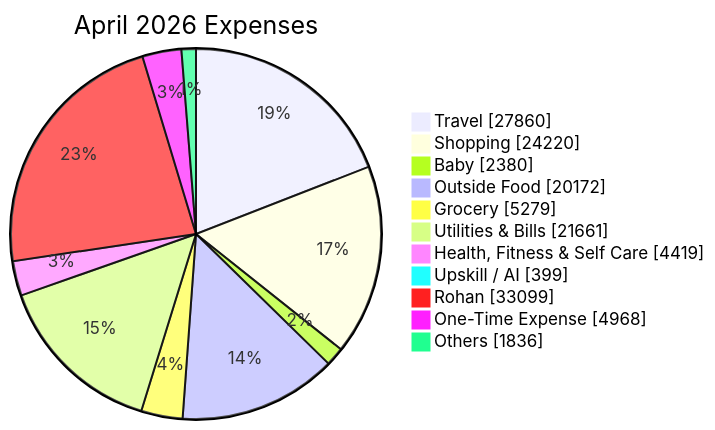
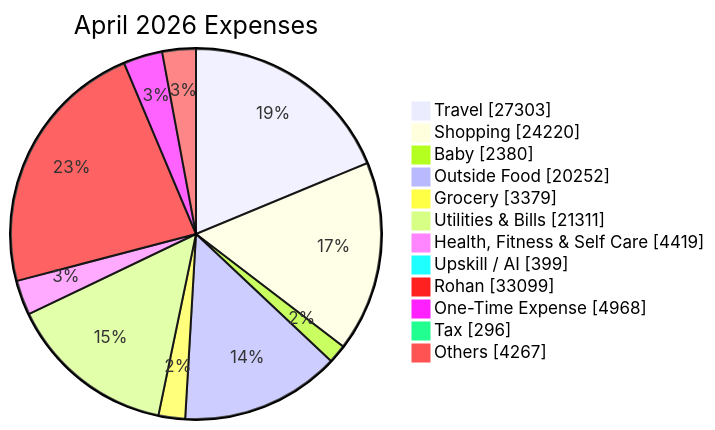
The second of 2 diagrams in reports/2026-04.md (sachin-hg/expense-reporter), drawn with Mermaid before and after one commit. The commit also changed other lines of this file and 2 other files, not shown here.

````diff
--- a/reports/2026-04.md
+++ b/reports/2026-04.md
@@ -48,15 +48,16 @@
 ```mermaid
 pie showData
     title April 2026 Expenses
-    "Travel" : 27860
+    "Travel" : 27303
     "Shopping" : 24220
     "Baby" : 2380
-    "Outside Food" : 20172
-    "Grocery" : 5279
-    "Utilities & Bills" : 21661
+    "Outside Food" : 20252
+    "Grocery" : 3379
+    "Utilities & Bills" : 21311
     "Health, Fitness & Self Care" : 4419
     "Upskill / AI" : 399
     "Rohan" : 33099
     "One-Time Expense" : 4968
-    "Others" : 1836
+    "Tax" : 296
+    "Others" : 4267
 ```
````
